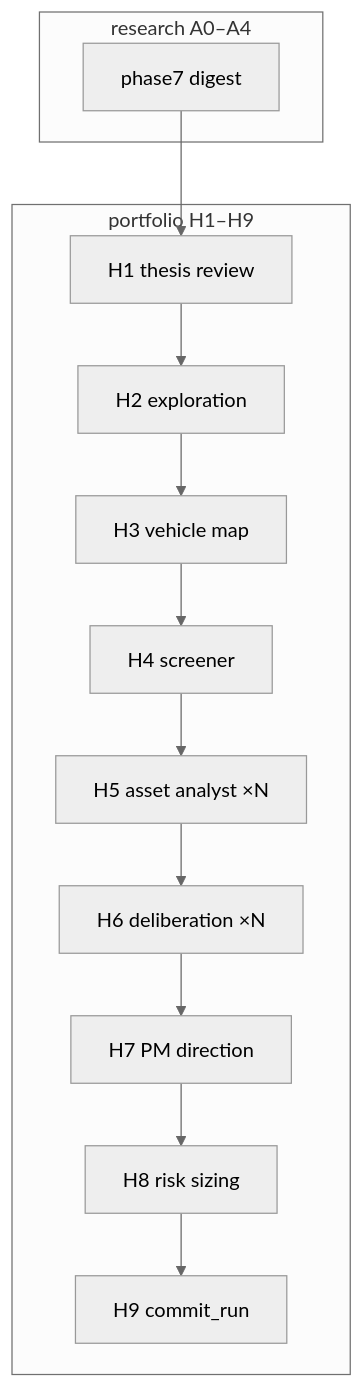
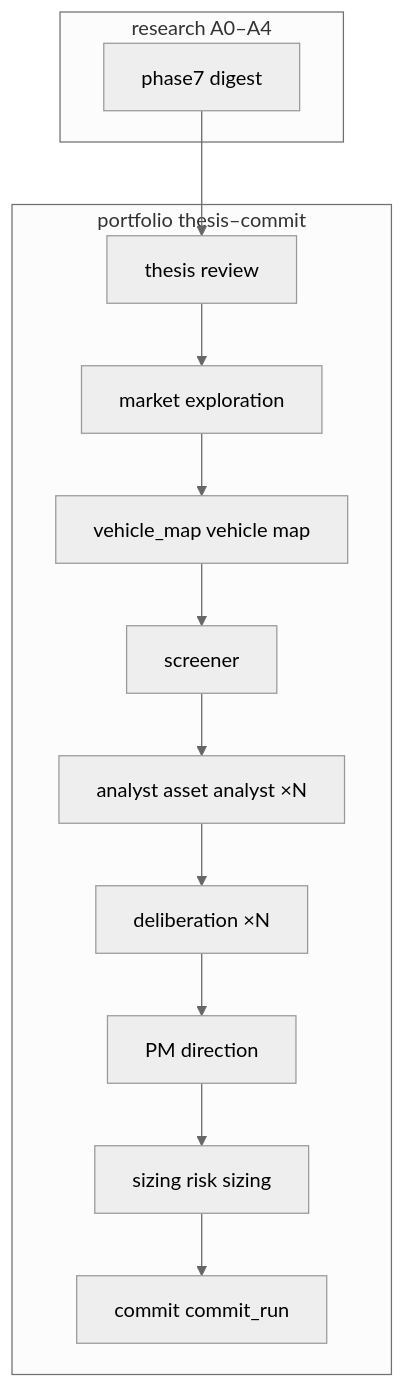
Before and after one commit to digithings-ai/digithings: the diagram in digiquant/src/digiquant/portfolio/docs/ARCHITECTURE.md, drawn with Mermaid (neutral theme). The commit also changed other lines of this file and 255 other files, not shown here.

````diff
--- a/digiquant/src/digiquant/portfolio/docs/ARCHITECTURE.md
+++ b/digiquant/src/digiquant/portfolio/docs/ARCHITECTURE.md
@@ -614,21 +614,21 @@
 ```mermaid
 flowchart TB
   subgraph research["research A0–A4"]
     dig["phase7 digest"]
   end
 
-  subgraph portfolio["portfolio H1–H9"]
-    H1["H1 thesis review"]
-    H2["H2 exploration"]
-    H3["H3 vehicle map"]
-    H4["H4 screener"]
-    H5["H5 asset analyst ×N"]
-    H6["H6 deliberation ×N"]
-    H7["H7 PM direction"]
-    H8["H8 risk sizing"]
-    H9["H9 commit_run"]
-    H1 --> H2 --> H3 --> H4 --> H5 --> H6 --> H7 --> H8 --> H9
+  subgraph portfolio["portfolio thesis–commit"]
+    thesis["thesis review"]
+    market["market exploration"]
+    vehicle_map["vehicle_map vehicle map"]
+    screener["screener"]
+    analyst["analyst asset analyst ×N"]
+    deliberation["deliberation ×N"]
+    direction["PM direction"]
+    sizing["sizing risk sizing"]
+    commit["commit commit_run"]
+    thesis --> market --> vehicle_map --> screener --> analyst --> deliberation --> direction --> sizing --> commit
   end
 
-  dig --> H1
+  dig --> thesis
 ```
````
